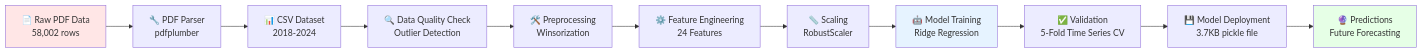
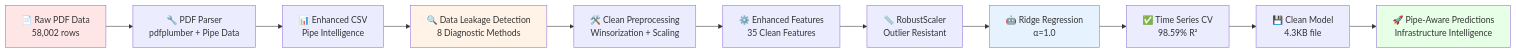
One commit to GameHelix/centipede changed the fifth of 13 diagrams in README.md. Above: the diagram before and after it, drawn with Mermaid. The commit also changed other lines of this file, not shown here.

````diff
--- a/README.md
+++ b/README.md
@@ -137,17 +163,18 @@
 ```mermaid
 flowchart LR
-    A[📄 Raw PDF Data<br/>58,002 rows] --> B[🔧 PDF Parser<br/>pdfplumber]
-    B --> C[📊 CSV Dataset<br/>2018-2024]
-    C --> D[🔍 Data Quality Check<br/>Outlier Detection]
-    D --> E[🛠️ Preprocessing<br/>Winsorization]
-    E --> F[⚙️ Feature Engineering<br/>24 Features]
-    F --> G[📏 Scaling<br/>RobustScaler]
-    G --> H[🤖 Model Training<br/>Ridge Regression]
-    H --> I[✅ Validation<br/>5-Fold Time Series CV]
-    I --> J[💾 Model Deployment<br/>3.7KB pickle file]
-    J --> K[🔮 Predictions<br/>Future Forecasting]
+    A[📄 Raw PDF Data<br/>58,002 rows] --> B[🔧 PDF Parser<br/>pdfplumber + Pipe Data]
+    B --> C[📊 Enhanced CSV<br/>Pipe Intelligence]
+    C --> D[🔍 Data Leakage Detection<br/>8 Diagnostic Methods]
+    D --> E[🛠️ Clean Preprocessing<br/>Winsorization + Scaling]
+    E --> F[⚙️ Enhanced Features<br/>35 Clean Features]
+    F --> G[📏 RobustScaler<br/>Outlier Resistant]
+    G --> H[🤖 Ridge Regression<br/>α=1.0]
+    H --> I[✅ Time Series CV<br/>98.59% R²]
+    I --> J[💾 Clean Model<br/>4.3KB file]
+    J --> K[🚀 Pipe-Aware Predictions<br/>Infrastructure Intelligence]
     
     style A fill:#ffe6e6
     style K fill:#e6ffe6
     style H fill:#e6f3ff
+    style D fill:#fff2e6
 ```
````
